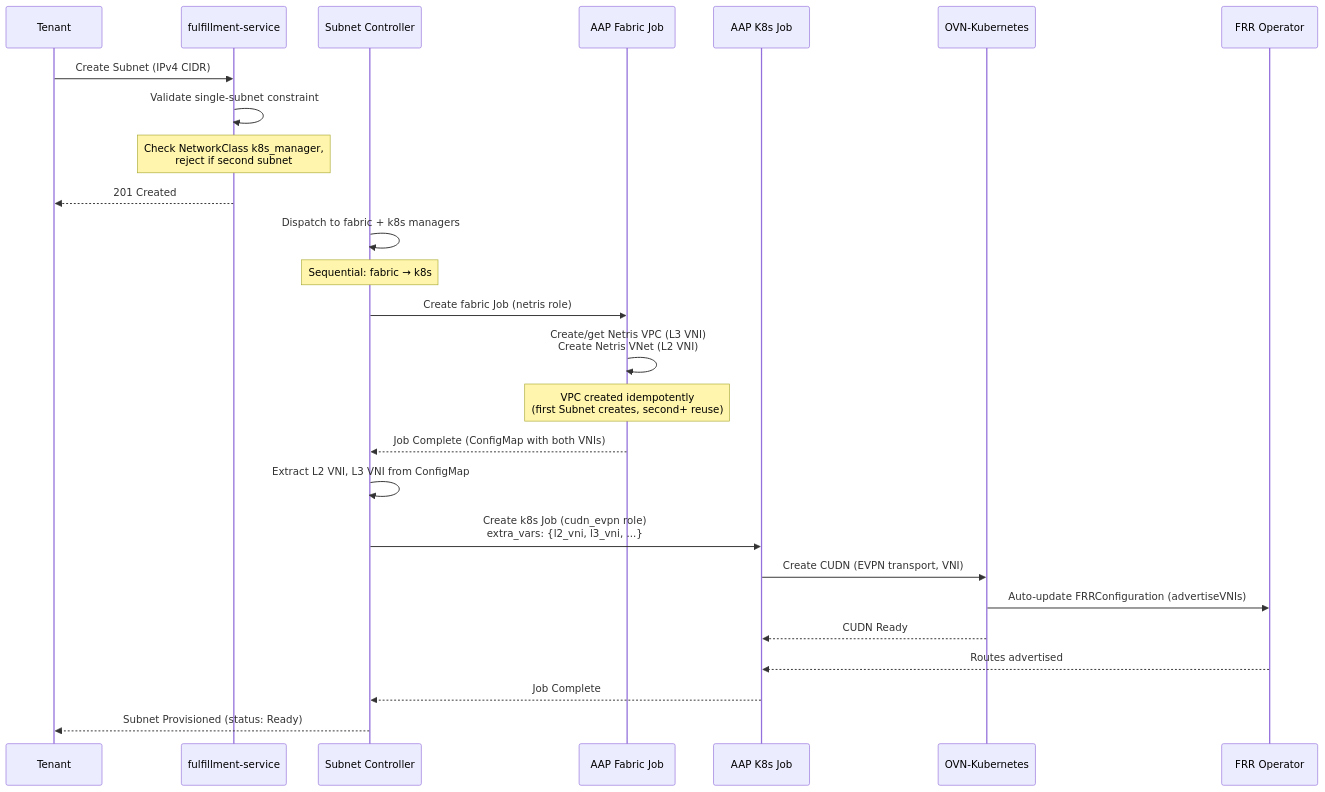
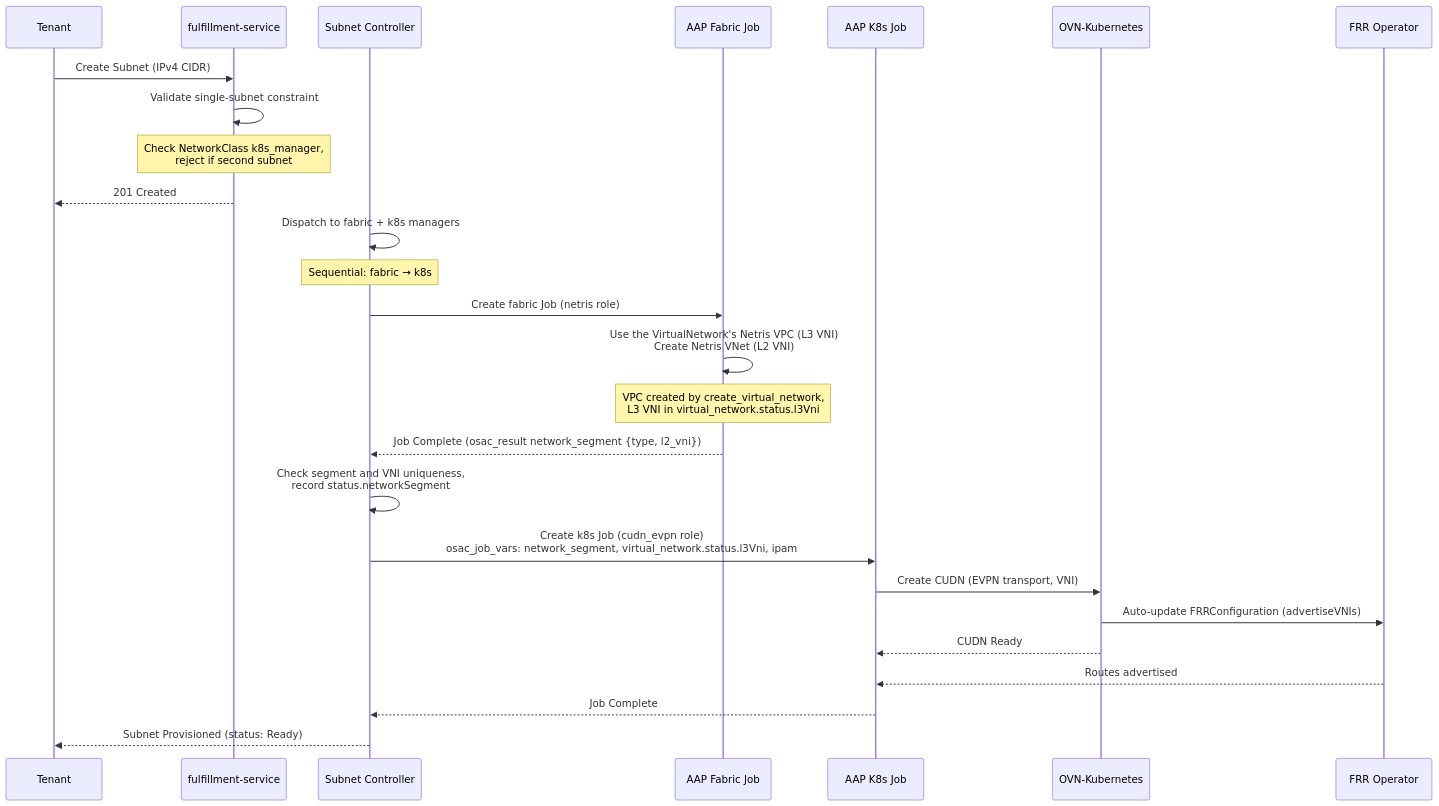
The diagram in enhancements/OSAC-4291-cudn-evpn-k8s-manager-phase-1-networking/design.md (osac-project/enhancement-proposals), drawn with Mermaid before and after one commit. The commit also changed other lines of this file and 8 other files, not shown here.

First line of the commit message:
OSAC-6766: Align the networking designs with the EVPN handoff (#439)

````diff
--- a/enhancements/OSAC-4291-cudn-evpn-k8s-manager-phase-1-networking/design.md
+++ b/enhancements/OSAC-4291-cudn-evpn-k8s-manager-phase-1-networking/design.md
@@ -153,34 +157,34 @@
 ```mermaid
 sequenceDiagram
     participant Tenant
     participant API as fulfillment-service
     participant Controller as Subnet Controller
     participant AAP as AAP Fabric Job
     participant K8s as AAP K8s Job
     participant OVN as OVN-Kubernetes
     participant FRR as FRR Operator
 
     Tenant->>API: Create Subnet (IPv4 CIDR)
     API->>API: Validate single-subnet constraint
     Note over API: Check NetworkClass k8s_manager,<br/>reject if second subnet
     API-->>Tenant: 201 Created
 
     Controller->>Controller: Dispatch to fabric + k8s managers
     Note over Controller: Sequential: fabric → k8s
 
     Controller->>AAP: Create fabric Job (netris role)
-    AAP->>AAP: Create/get Netris VPC (L3 VNI)<br/>Create Netris VNet (L2 VNI)
-    Note over AAP: VPC created idempotently<br/>(first Subnet creates, second+ reuse)
-    AAP-->>Controller: Job Complete (ConfigMap with both VNIs)
+    AAP->>AAP: Use the VirtualNetwork's Netris VPC (L3 VNI)<br/>Create Netris VNet (L2 VNI)
+    Note over AAP: VPC created by create_virtual_network,<br/>L3 VNI in virtual_network.status.l3Vni
+    AAP-->>Controller: Job Complete (osac_result network_segment {type, l2_vni})
 
-    Controller->>Controller: Extract L2 VNI, L3 VNI from ConfigMap
-    Controller->>K8s: Create k8s Job (cudn_evpn role)<br/>extra_vars: {l2_vni, l3_vni, ...}
+    Controller->>Controller: Check segment and VNI uniqueness,<br/>record status.networkSegment
+    Controller->>K8s: Create k8s Job (cudn_evpn role)<br/>osac_job_vars: network_segment, virtual_network.status.l3Vni, ipam
 
     K8s->>OVN: Create CUDN (EVPN transport, VNI)
     OVN->>FRR: Auto-update FRRConfiguration (advertiseVNIs)
     OVN-->>K8s: CUDN Ready
     FRR-->>K8s: Routes advertised
     K8s-->>Controller: Job Complete
 
     Controller-->>Tenant: Subnet Provisioned (status: Ready)
 ```
````
